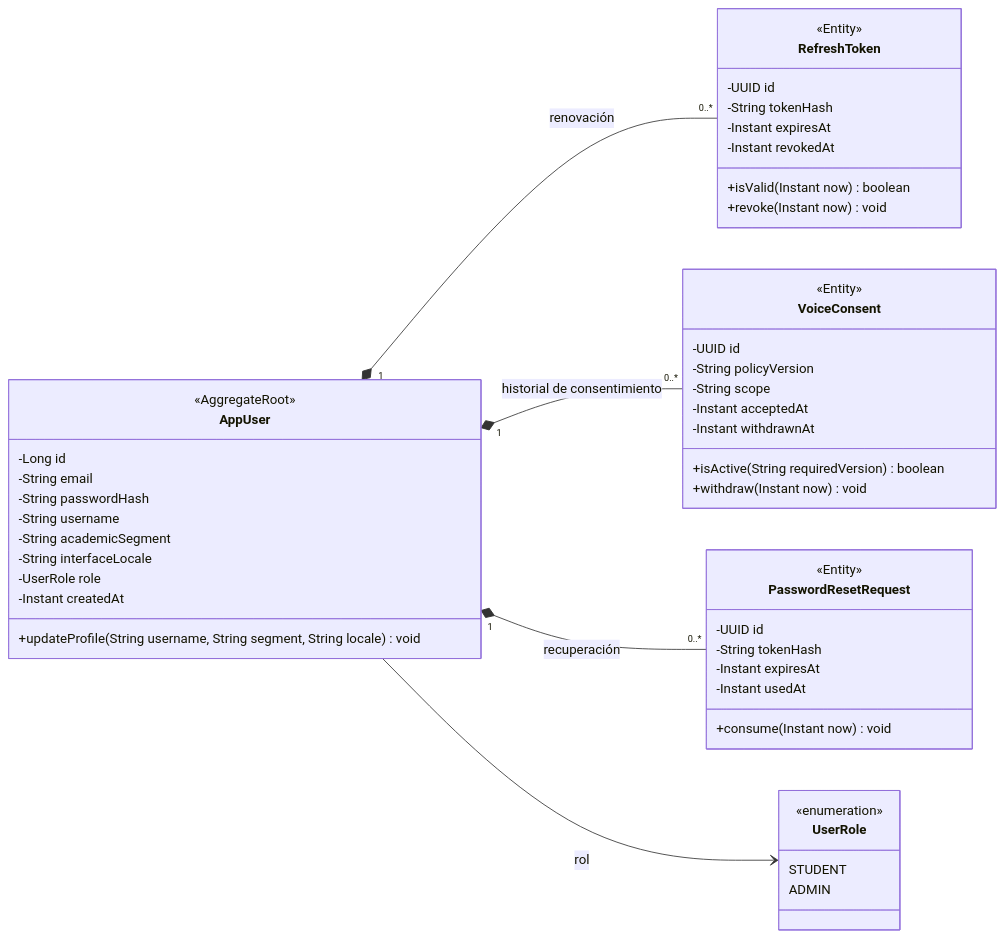
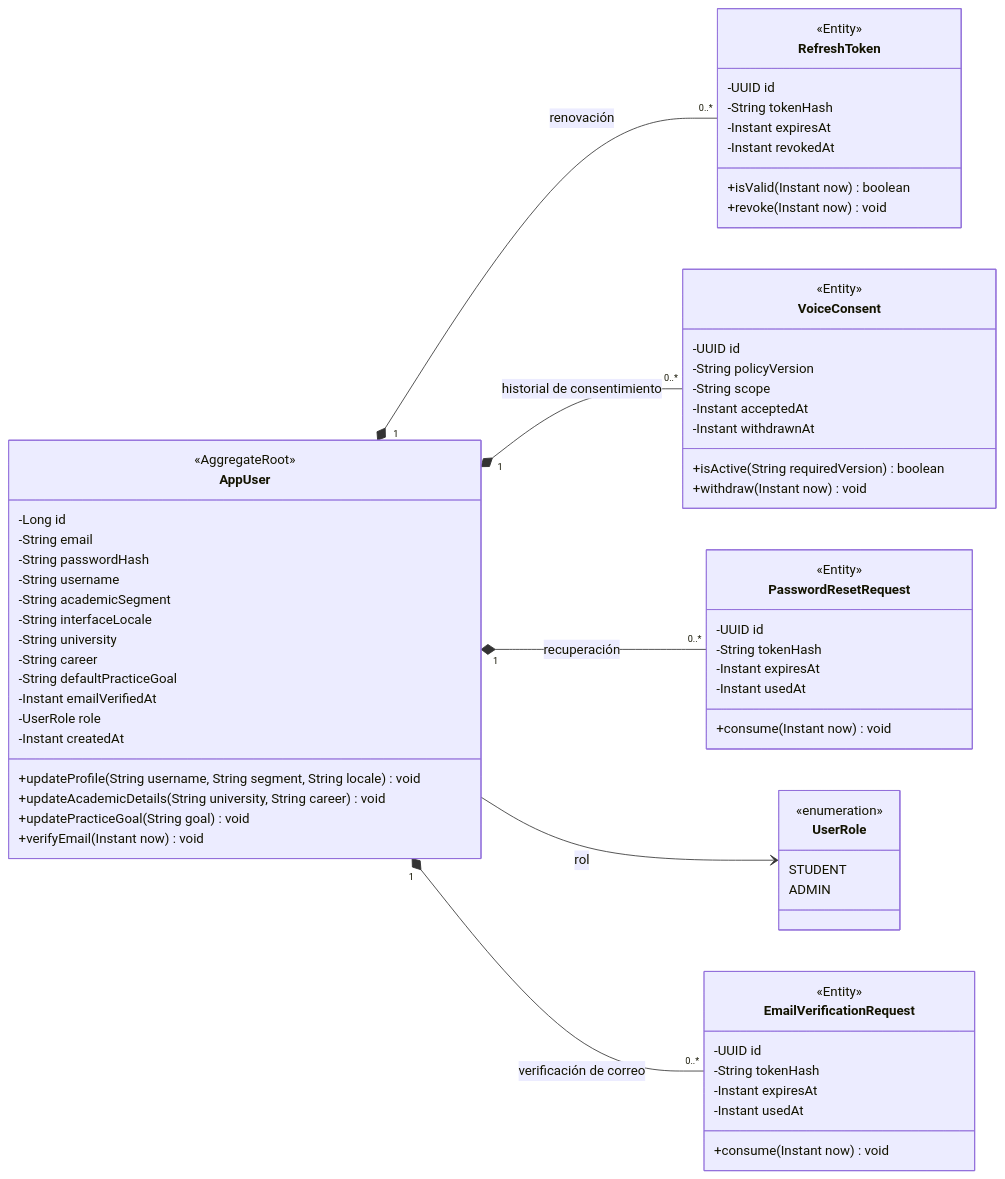
One commit to upc-pre-202620-si728-16365-thropic/talki-project-report changed the diagram in assets/diagrams/tactical/08-identity-access-classes.mmd. Above: the diagram before and after it, drawn with Mermaid. The commit also changed 23 other files, not shown here.

```diff
--- a/assets/diagrams/tactical/08-identity-access-classes.mmd
+++ b/assets/diagrams/tactical/08-identity-access-classes.mmd
@@ -1,50 +1,67 @@
 classDiagram
  direction LR
 class AppUser {
   <<AggregateRoot>>
   -Long id
   -String email
   -String passwordHash
   -String username
   -String academicSegment
   -String interfaceLocale
+  -String university
+  -String career
+  -String defaultPracticeGoal
+  -Instant emailVerifiedAt
   -UserRole role
   -Instant createdAt
   +updateProfile(String username, String segment, String locale) void
+  +updateAcademicDetails(String university, String career) void
+  +updatePracticeGoal(String goal) void
+  +verifyEmail(Instant now) void
 }
 class UserRole {
   <<enumeration>>
   STUDENT
   ADMIN
 }
 class RefreshToken {
   <<Entity>>
   -UUID id
   -String tokenHash
   -Instant expiresAt
   -Instant revokedAt
   +isValid(Instant now) boolean
   +revoke(Instant now) void
 }
 class VoiceConsent {
   <<Entity>>
   -UUID id
   -String policyVersion
   -String scope
   -Instant acceptedAt
   -Instant withdrawnAt
   +isActive(String requiredVersion) boolean
   +withdraw(Instant now) void
 }
 class PasswordResetRequest {
   <<Entity>>
   -UUID id
   -String tokenHash
   -Instant expiresAt
   -Instant usedAt
   +consume(Instant now) void
 }
 AppUser "1" *-- "0..*" RefreshToken : renovación
 AppUser "1" *-- "0..*" VoiceConsent : historial de consentimiento
 AppUser "1" *-- "0..*" PasswordResetRequest : recuperación
 AppUser --> UserRole : rol
+
+class EmailVerificationRequest {
+  <<Entity>>
+  -UUID id
+  -String tokenHash
+  -Instant expiresAt
+  -Instant usedAt
+  +consume(Instant now) void
+}
+AppUser "1" *-- "0..*" EmailVerificationRequest : verificación de correo
```
